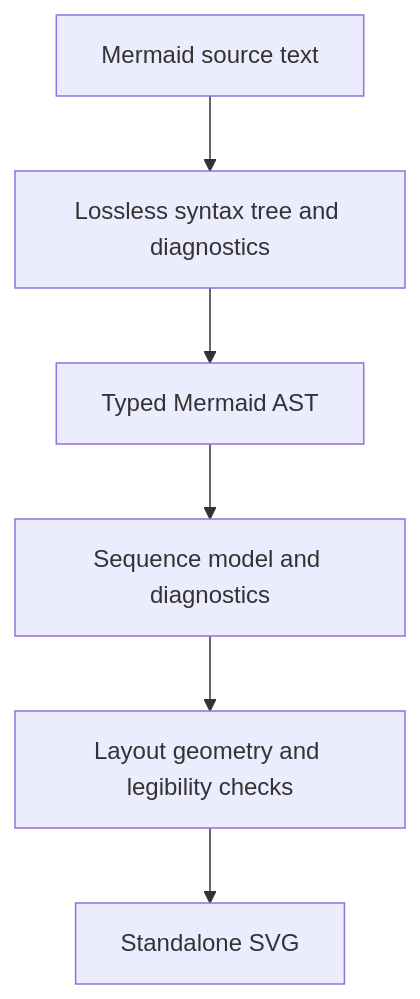
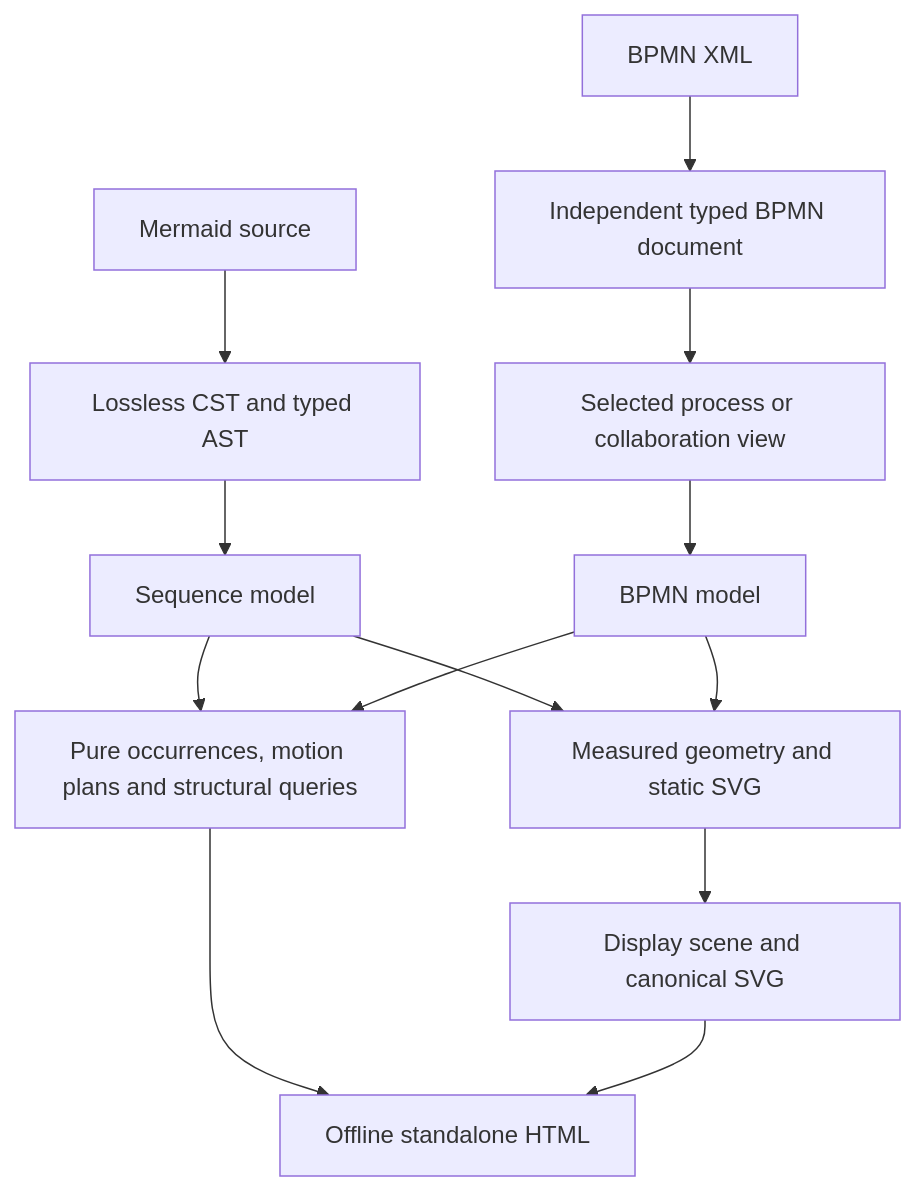
The diagram in docs/design/overview.md (moonrockz/diagrams.mbt), drawn with Mermaid before and after one commit. The commit also changed other lines of this file and 43 other files, not shown here.

````diff
--- a/docs/design/overview.md
+++ b/docs/design/overview.md
@@ -14,8 +14,15 @@
 ```mermaid
 graph TD
-  A[Mermaid source text] --> B[Lossless syntax tree and diagnostics]
-  B --> C[Typed Mermaid AST]
-  C --> D[Sequence model and diagnostics]
-  D --> E[Layout geometry and legibility checks]
-  E --> F[Standalone SVG]
+  A[Mermaid source] --> B[Lossless CST and typed AST]
+  B --> C[Sequence model]
+  D[BPMN XML] --> E[Independent typed BPMN document]
+  E --> F[Selected process or collaboration view]
+  F --> G[BPMN model]
+  C --> H[Measured geometry and static SVG]
+  G --> H
+  C --> I[Pure occurrences, motion plans and structural queries]
+  G --> I
+  H --> J[Display scene and canonical SVG]
+  I --> K[Offline standalone HTML]
+  J --> K
 ```
````
